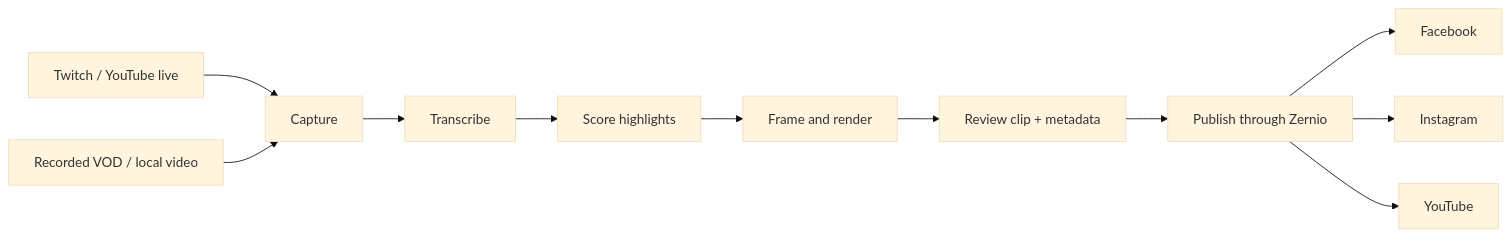
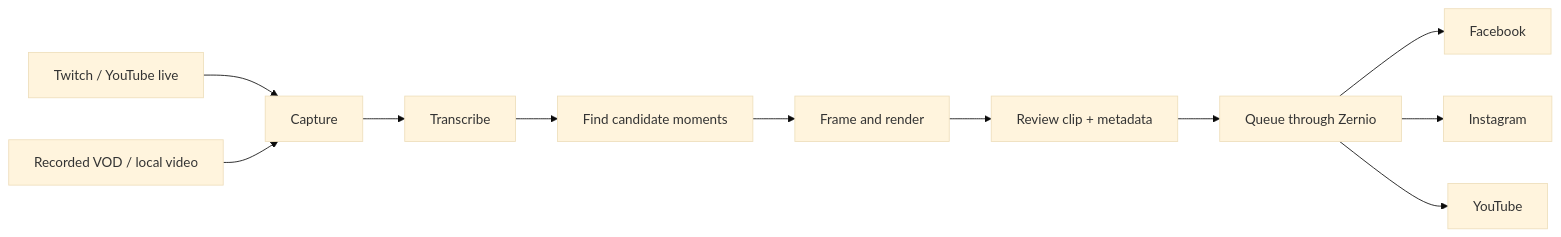
Before and after one commit to sifat-jaman-13/stream-clip-ai: the diagram in README.md, drawn with Mermaid (base theme). The commit also changed other lines of this file and 45 other files, not shown here.

````diff
--- a/README.md
+++ b/README.md
@@ -36,13 +66,13 @@
-~~~mermaid
+```mermaid
 flowchart LR
     A["Twitch / YouTube live"] --> C["Capture"]
     B["Recorded VOD / local video"] --> C
     C --> D["Transcribe"]
-    D --> E["Score highlights"]
+    D --> E["Find candidate moments"]
     E --> F["Frame and render"]
     F --> G["Review clip + metadata"]
-    G --> H["Publish through Zernio"]
+    G --> H["Queue through Zernio"]
     H --> I["Facebook"]
     H --> J["Instagram"]
     H --> K["YouTube"]
-~~~
+```
````
